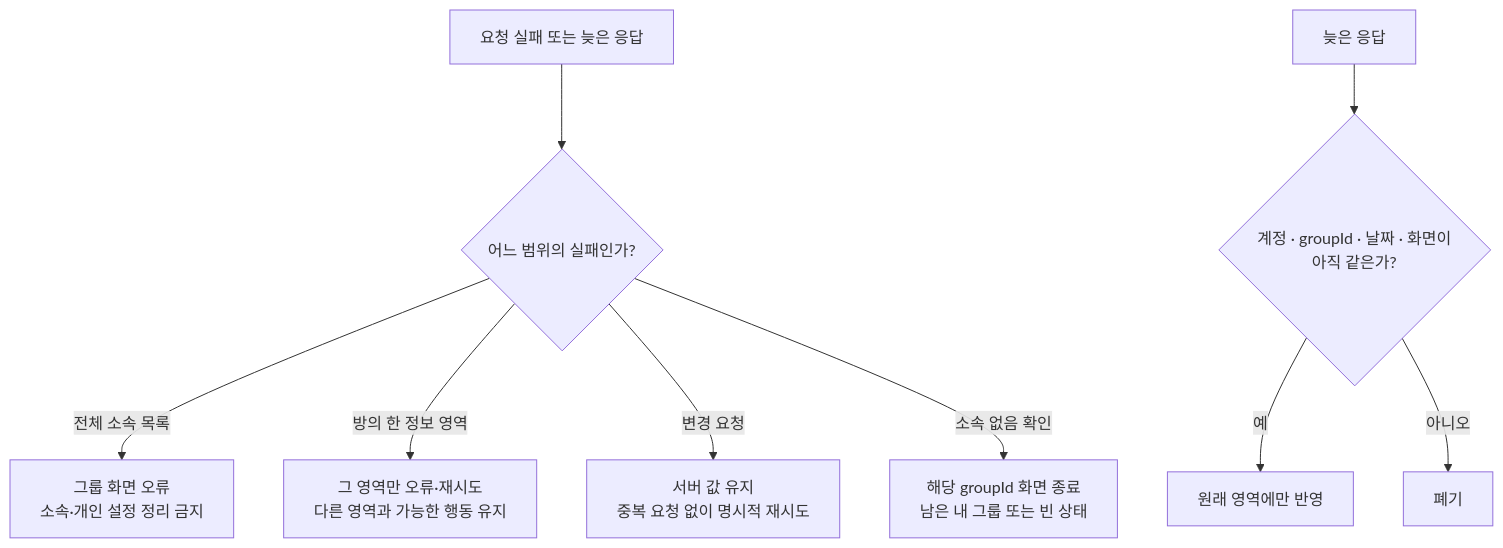
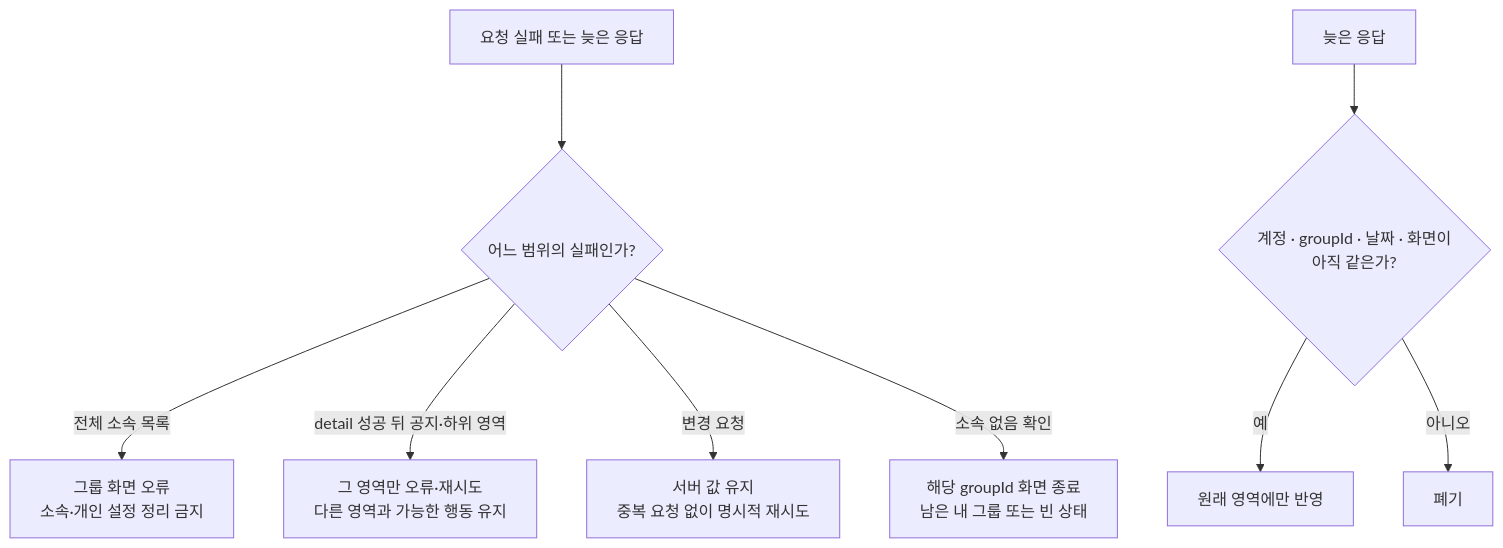
The fourth of 5 diagrams in docs/prd/group/high-level-design.md (OneOrThree/phone), drawn with Mermaid before and after one commit. The commit also changed other lines of this file and 14 other files, not shown here.

````diff
--- a/docs/prd/group/high-level-design.md
+++ b/docs/prd/group/high-level-design.md
@@ -155,12 +155,12 @@
 ```mermaid
 flowchart TD
     Failure["요청 실패 또는 늦은 응답"] --> Scope{"어느 범위의 실패인가?"}
     Scope -->|전체 소속 목록| ListError["그룹 화면 오류<br/>소속·개인 설정 정리 금지"]
-    Scope -->|방의 한 정보 영역| SectionError["그 영역만 오류·재시도<br/>다른 영역과 가능한 행동 유지"]
+    Scope -->|detail 성공 뒤 공지·하위 영역| SectionError["그 영역만 오류·재시도<br/>다른 영역과 가능한 행동 유지"]
     Scope -->|변경 요청| MutationError["서버 값 유지<br/>중복 요청 없이 명시적 재시도"]
     Scope -->|소속 없음 확인| MembershipGone["해당 groupId 화면 종료<br/>남은 내 그룹 또는 빈 상태"]
 
     Late["늦은 응답"] --> Guard{"계정 · groupId · 날짜 · 화면이<br/>아직 같은가?"}
     Guard -->|예| Apply["원래 영역에만 반영"]
     Guard -->|아니오| Discard["폐기"]
 ```
````
